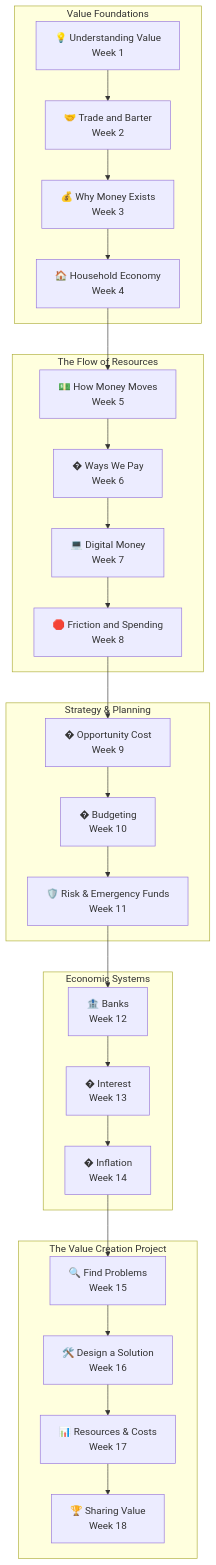
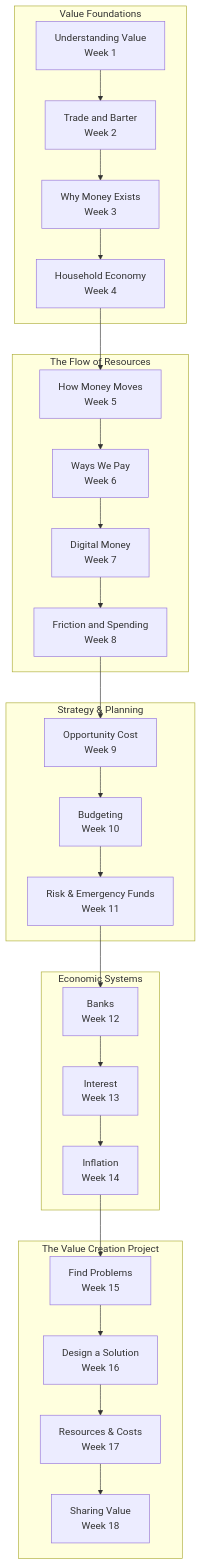
Before and after one commit to literacy-for-kids/financial_literacy_for_kids: the diagram in website/docs/curriculum-overview.md, drawn with Mermaid. The commit also changed other lines of this file and 45 other files, not shown here.

````diff
--- a/website/docs/curriculum-overview.md
+++ b/website/docs/curriculum-overview.md
@@ -134,42 +146,42 @@
 ```mermaid
 flowchart TB
 
 subgraph L1[Value Foundations]
-A[💡 Understanding Value<br>Week 1]
-B[🤝 Trade and Barter<br>Week 2]
-C[💰 Why Money Exists<br>Week 3]
-D[🏠 Household Economy<br>Week 4]
+A[Understanding Value<br>Week 1]
+B[Trade and Barter<br>Week 2]
+C[Why Money Exists<br>Week 3]
+D[Household Economy<br>Week 4]
 end
 
 subgraph L2[The Flow of Resources]
-E[💵 How Money Moves<br>Week 5]
-F[� Ways We Pay<br>Week 6]
-G[💻 Digital Money<br>Week 7]
-H[🛑 Friction and Spending<br>Week 8]
+E[How Money Moves<br>Week 5]
+F[Ways We Pay<br>Week 6]
+G[Digital Money<br>Week 7]
+H[Friction and Spending<br>Week 8]
 end
 
 subgraph L3[Strategy & Planning]
-I[� Opportunity Cost<br>Week 9]
-J[� Budgeting<br>Week 10]
-K[🛡️ Risk & Emergency Funds<br>Week 11]
+I[Opportunity Cost<br>Week 9]
+J[Budgeting<br>Week 10]
+K[Risk & Emergency Funds<br>Week 11]
 end
 
 subgraph L4[Economic Systems]
-L[🏦 Banks<br>Week 12]
-M[� Interest<br>Week 13]
-N[� Inflation<br>Week 14]
+L[Banks<br>Week 12]
+M[Interest<br>Week 13]
+N[Inflation<br>Week 14]
 end
 
 subgraph L5[The Value Creation Project]
-O[🔍 Find Problems<br>Week 15]
-P[🛠️ Design a Solution<br>Week 16]
-Q[📊 Resources & Costs<br>Week 17]
-R[🏆 Sharing Value<br>Week 18]
+O[Find Problems<br>Week 15]
+P[Design a Solution<br>Week 16]
+Q[Resources & Costs<br>Week 17]
+R[Sharing Value<br>Week 18]
 end
 
 A --> B --> C --> D
 D --> E --> F --> G --> H
 H --> I --> J --> K
 K --> L --> M --> N
 N --> O --> P --> Q --> R
 ```
````
